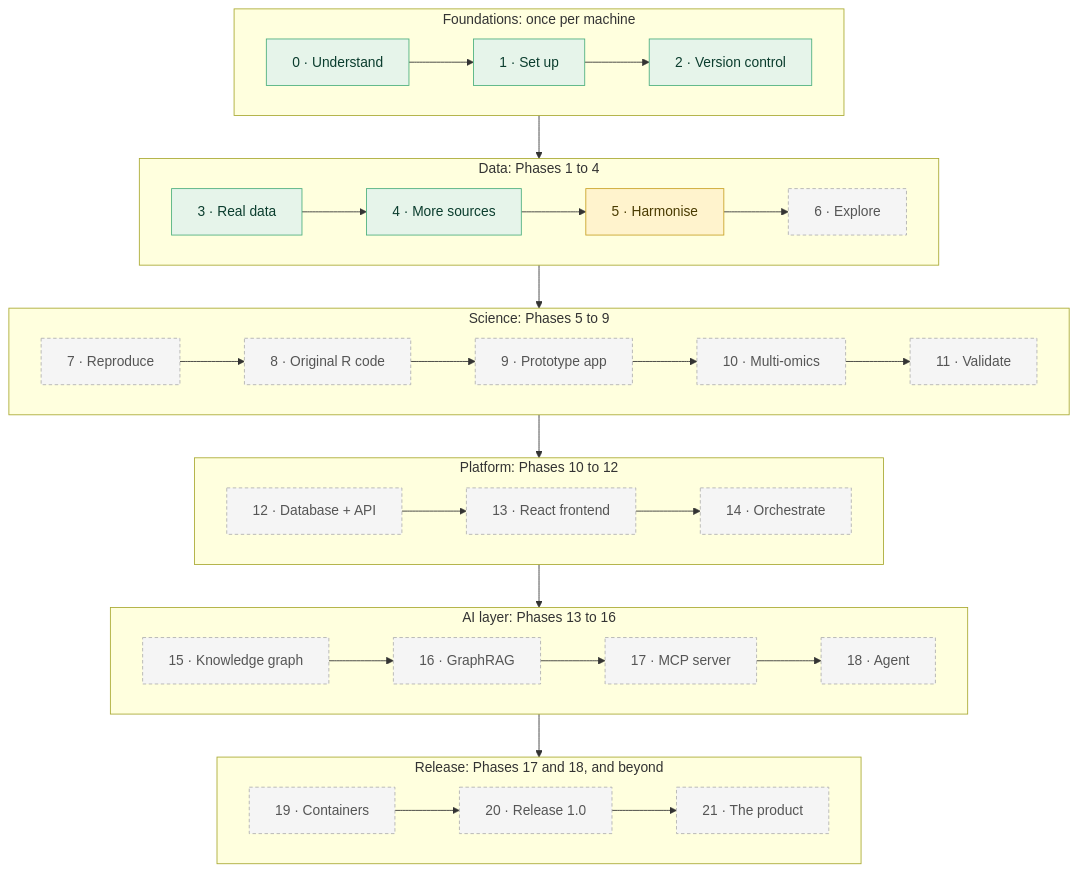
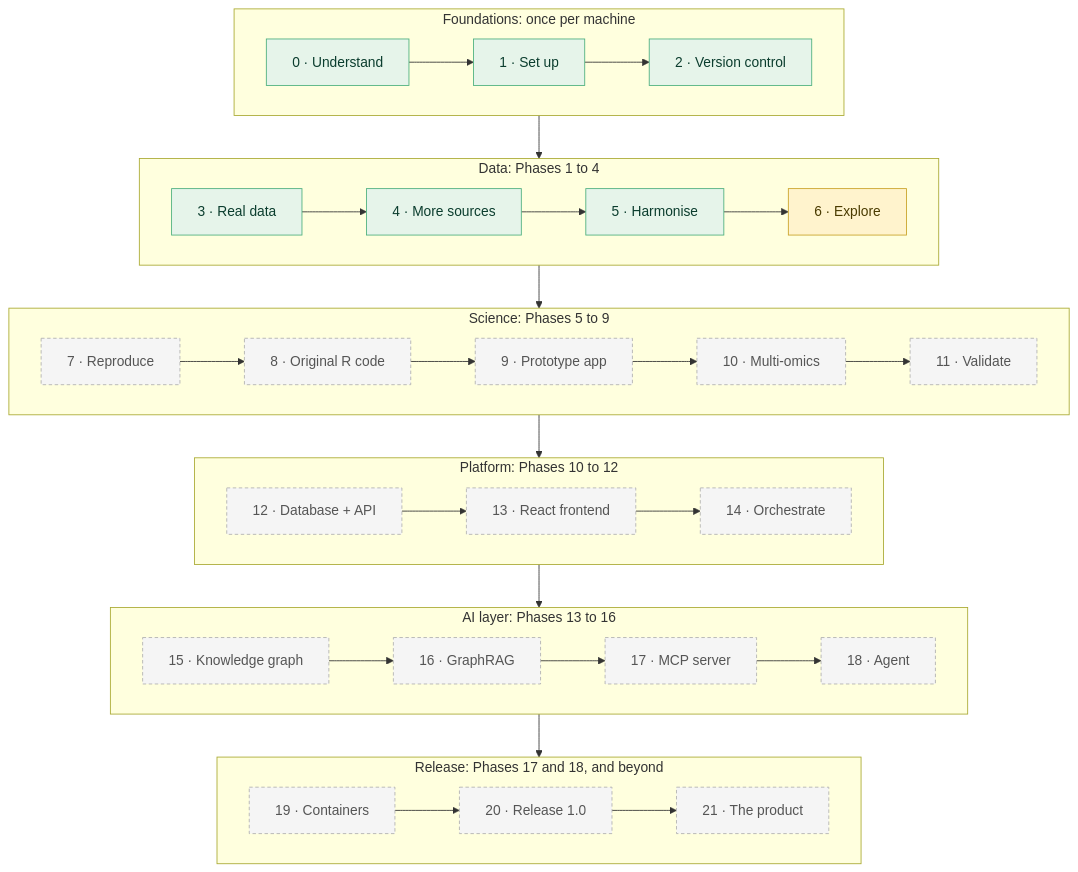
Before and after one commit to akannan2987/realsignal: the first of 2 diagrams in docs/HANDBOOK.md, drawn with Mermaid. The commit also changed other lines of this file and 106 other files, not shown here.

````diff
--- a/docs/HANDBOOK.md
+++ b/docs/HANDBOOK.md
@@ -35,35 +35,35 @@
 ```mermaid
 flowchart TB
     subgraph FOUND["Foundations: once per machine"]
         direction LR
         S0["0 · Understand"] --> S1["1 · Set up"] --> S2["2 · Version control"]
     end
     subgraph DATA["Data: Phases 1 to 4"]
         direction LR
         S3["3 · Real data"] --> S4["4 · More sources"] --> S5["5 · Harmonise"] --> S6["6 · Explore"]
     end
     subgraph SCIENCE["Science: Phases 5 to 9"]
         direction LR
         S7["7 · Reproduce"] --> S8["8 · Original R code"] --> S9["9 · Prototype app"] --> S10["10 · Multi-omics"] --> S11["11 · Validate"]
     end
     subgraph PLATFORM["Platform: Phases 10 to 12"]
         direction LR
         S12["12 · Database + API"] --> S13["13 · React frontend"] --> S14["14 · Orchestrate"]
     end
     subgraph AI["AI layer: Phases 13 to 16"]
         direction LR
         S15["15 · Knowledge graph"] --> S16["16 · GraphRAG"] --> S17["17 · MCP server"] --> S18["18 · Agent"]
     end
     subgraph RELEASE["Release: Phases 17 and 18, and beyond"]
         direction LR
         S19["19 · Containers"] --> S20["20 · Release 1.0"] --> S21["21 · The product"]
     end
     FOUND --> DATA --> SCIENCE --> PLATFORM --> AI --> RELEASE
 
     classDef done fill:#E6F4EA,stroke:#4CAF7D,color:#0B3D2E;
     classDef next fill:#FFF3CD,stroke:#C9A227,color:#4A3B00;
     classDef later fill:#F5F5F5,stroke:#B0B0B0,color:#555555,stroke-dasharray:4 3;
-    class S0,S1,S2,S3,S4 done
-    class S5 next
-    class S6,S7,S8,S9,S10,S11,S12,S13,S14,S15,S16,S17,S18,S19,S20,S21 later
+    class S0,S1,S2,S3,S4,S5 done
+    class S6 next
+    class S7,S8,S9,S10,S11,S12,S13,S14,S15,S16,S17,S18,S19,S20,S21 later
 ```
````
